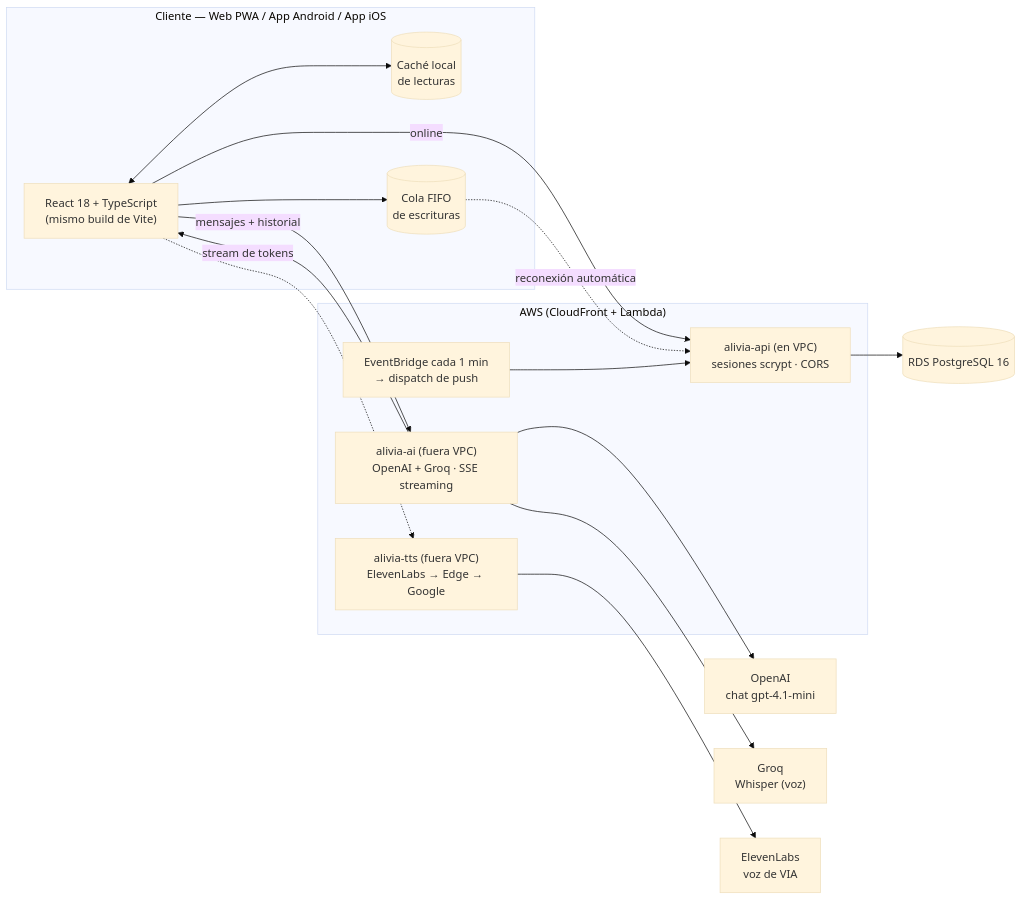
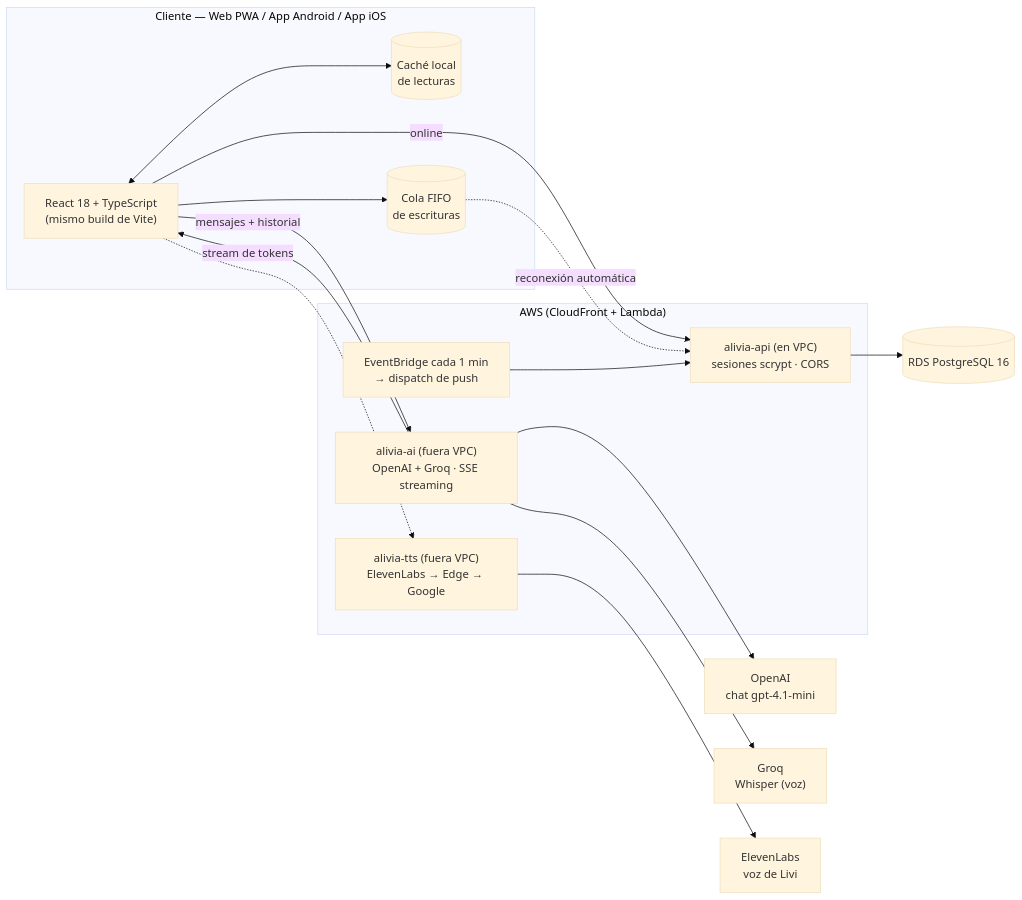
The first of 2 diagrams in README.md (Imandro/AliviaApp), drawn with Mermaid (base theme) before and after one commit. The commit also changed other lines of this file and 1 other file, not shown here.

First line of the commit message:
docs: el nombre de la mascota es Livi en README y CHANGELOG

````diff
--- a/README.md
+++ b/README.md
@@ -121,33 +121,33 @@
 ```mermaid
 flowchart LR
     subgraph Cliente["Cliente — Web PWA / App Android / App iOS"]
         UI["React 18 + TypeScript<br/>(mismo build de Vite)"]
         CACHE[("Caché local<br/>de lecturas")]
         OUTBOX[("Cola FIFO<br/>de escrituras")]
         UI <--> CACHE
         UI --> OUTBOX
     end
 
     subgraph Nube["AWS (CloudFront + Lambda)"]
         API["alivia-api (en VPC)<br/>sesiones scrypt · CORS"]
         TTS["alivia-tts (fuera VPC)<br/>ElevenLabs → Edge → Google"]
         AI["alivia-ai (fuera VPC)<br/>OpenAI + Groq · SSE streaming"]
         CRON["EventBridge cada 1 min<br/>→ dispatch de push"]
     end
 
     DB[("RDS PostgreSQL 16")]
     OAI["OpenAI<br/>chat gpt-4.1-mini"]
     GROQ["Groq<br/>Whisper (voz)"]
-    ELEVEN["ElevenLabs<br/>voz de VIA"]
+    ELEVEN["ElevenLabs<br/>voz de Livi"]
 
     UI -- "online" --> API
     OUTBOX -.->|"reconexión automática"| API
     UI -.-> TTS
     UI -- "mensajes + historial" --> AI
     AI -- "stream de tokens" --> UI
     AI --> OAI
     AI --> GROQ
     TTS --> ELEVEN
     CRON --> API
     API --> DB
 ```
````
